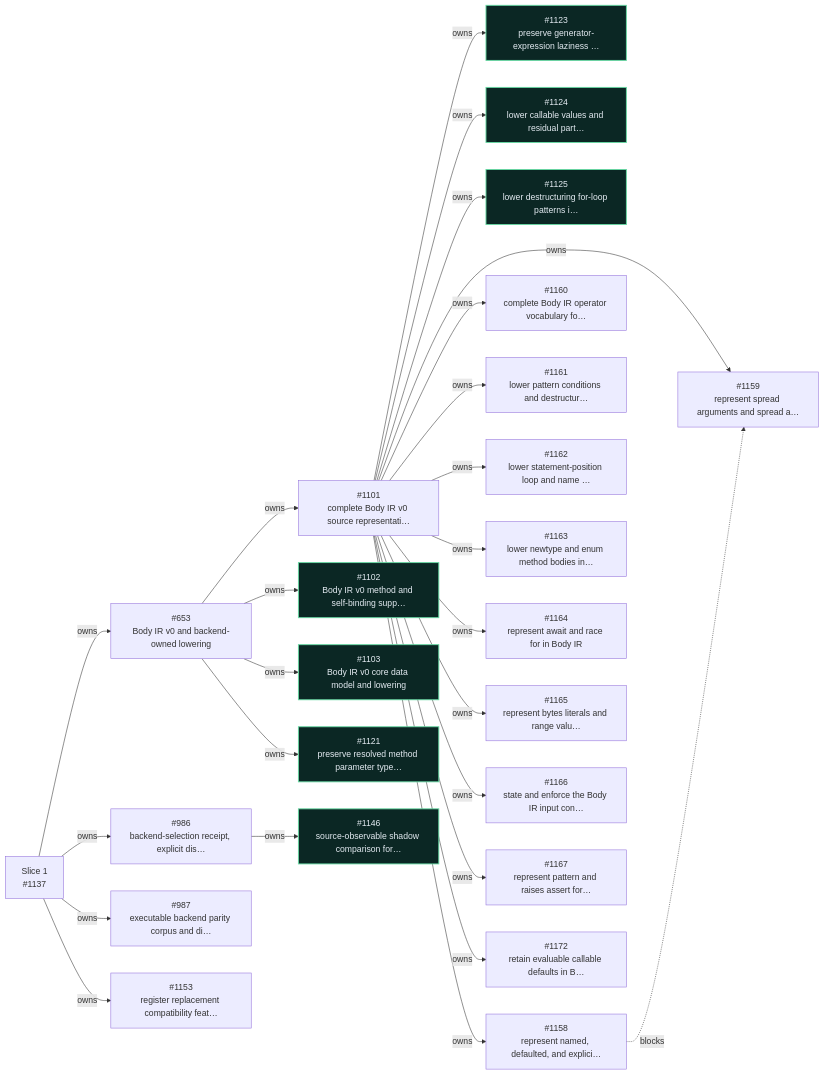
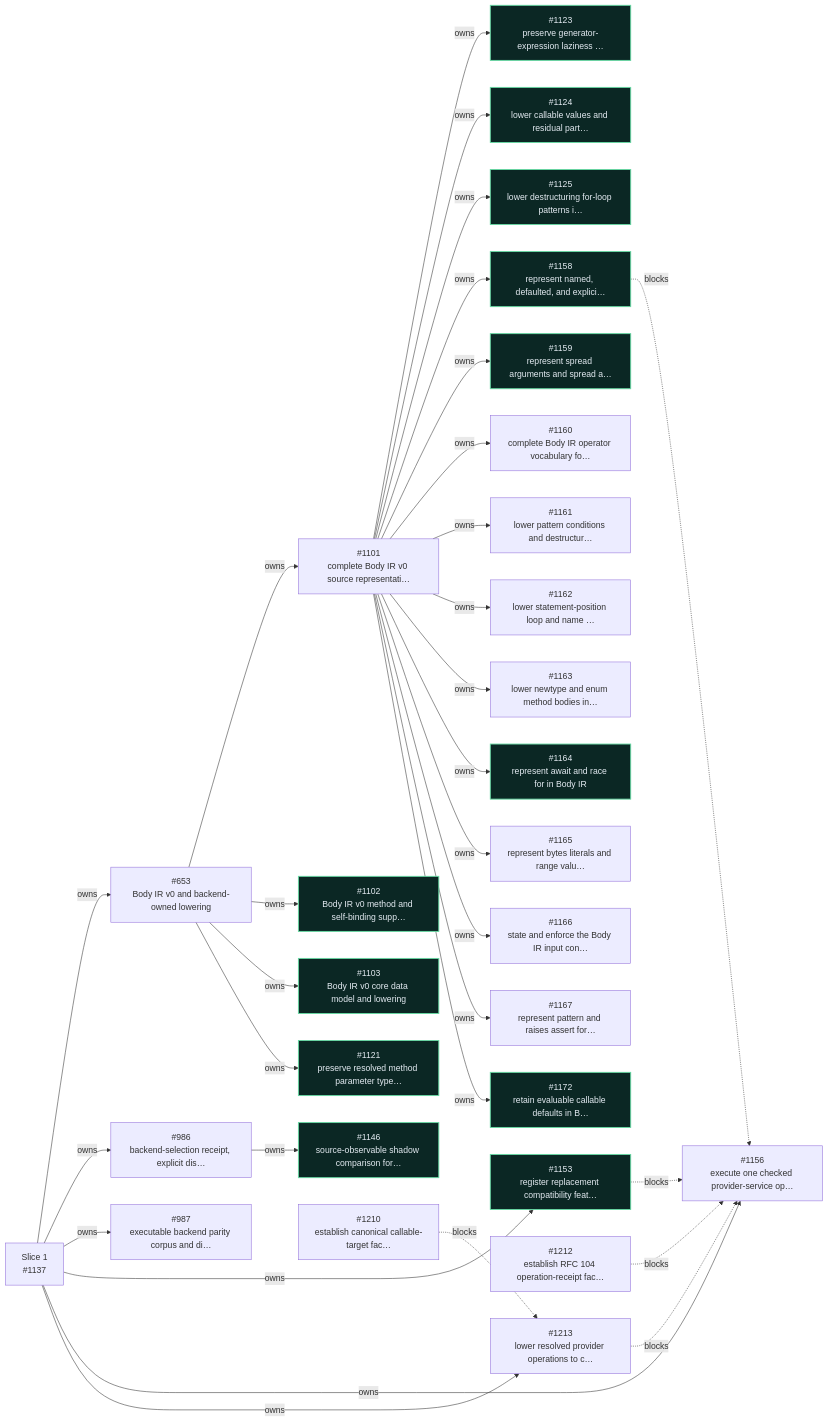
The first of 8 diagrams in workspaces/docs-site/docs/_snippets/project/v0_6_roadmap.md (dannys-code-corner/incan), drawn with Mermaid before and after one commit. The commit also changed other lines of this file, not shown here.

````diff
--- a/workspaces/docs-site/docs/_snippets/project/v0_6_roadmap.md
+++ b/workspaces/docs-site/docs/_snippets/project/v0_6_roadmap.md
@@ -76,6 +76,7 @@
   s1137["Slice 1<br/>#1137"]
   i1146["#1146<br/>source-observable shadow comparison for…"]
   i1153["#1153<br/>register replacement compatibility feat…"]
+  i1156["#1156<br/>execute one checked provider-service op…"]
   i1158["#1158<br/>represent named, defaulted, and explici…"]
   i1159["#1159<br/>represent spread arguments and spread a…"]
   i1160["#1160<br/>complete Body IR operator vocabulary fo…"]
@@ -87,6 +88,9 @@
   i1166["#1166<br/>state and enforce the Body IR input con…"]
   i1167["#1167<br/>represent pattern and raises assert for…"]
   i1172["#1172<br/>retain evaluable callable defaults in B…"]
+  i1210["#1210<br/>establish canonical callable-target fac…"]
+  i1212["#1212<br/>establish RFC 104 operation-receipt fac…"]
+  i1213["#1213<br/>lower resolved provider operations to c…"]
   s1137 -- owns --> i653
   s1137 -- owns --> i986
   s1137 -- owns --> i987
@@ -99,6 +103,7 @@
   i1101 -- owns --> i1125
   i986 -- owns --> i1146
   s1137 -- owns --> i1153
+  s1137 -- owns --> i1156
   i1101 -- owns --> i1158
   i1101 -- owns --> i1159
   i1101 -- owns --> i1160
@@ -110,9 +115,14 @@
   i1101 -- owns --> i1166
   i1101 -- owns --> i1167
   i1101 -- owns --> i1172
-  i1158 -. blocks .-> i1159
+  s1137 -- owns --> i1213
+  i1158 -. blocks .-> i1156
+  i1153 -. blocks .-> i1156
+  i1212 -. blocks .-> i1156
+  i1213 -. blocks .-> i1156
+  i1210 -. blocks .-> i1213
   classDef incv06complete fill:#0b2724,stroke:#66d9a3,color:#e4ebf2,stroke-width:1.7px
-  class i1102,i1103,i1121,i1123,i1124,i1125,i1146 incv06complete
+  class i1102,i1103,i1121,i1123,i1124,i1125,i1146,i1153,i1158,i1159,i1164,i1172 incv06complete
   click i653 href "https://github.com/encero-systems/incan/issues/653" "Open #653 on GitHub"
   click i986 href "https://github.com/encero-systems/incan/issues/986" "Open #986 on GitHub"
   click i987 href "https://github.com/encero-systems/incan/issues/987" "Open #987 on GitHub"
@@ -126,6 +136,7 @@
   click s1137 href "https://github.com/encero-systems/incan/issues/1137" "Open #1137 on GitHub"
   click i1146 href "https://github.com/encero-systems/incan/issues/1146" "Open #1146 on GitHub"
   click i1153 href "https://github.com/encero-systems/incan/issues/1153" "Open #1153 on GitHub"
+  click i1156 href "https://github.com/encero-systems/incan/issues/1156" "Open #1156 on GitHub"
   click i1158 href "https://github.com/encero-systems/incan/issues/1158" "Open #1158 on GitHub"
   click i1159 href "https://github.com/encero-systems/incan/issues/1159" "Open #1159 on GitHub"
   click i1160 href "https://github.com/encero-systems/incan/issues/1160" "Open #1160 on GitHub"
@@ -137,4 +148,7 @@
   click i1166 href "https://github.com/encero-systems/incan/issues/1166" "Open #1166 on GitHub"
   click i1167 href "https://github.com/encero-systems/incan/issues/1167" "Open #1167 on GitHub"
   click i1172 href "https://github.com/encero-systems/incan/issues/1172" "Open #1172 on GitHub"
+  click i1210 href "https://github.com/encero-systems/incan/issues/1210" "Open #1210 on GitHub"
+  click i1212 href "https://github.com/encero-systems/incan/issues/1212" "Open #1212 on GitHub"
+  click i1213 href "https://github.com/encero-systems/incan/issues/1213" "Open #1213 on GitHub"
 ```
````
